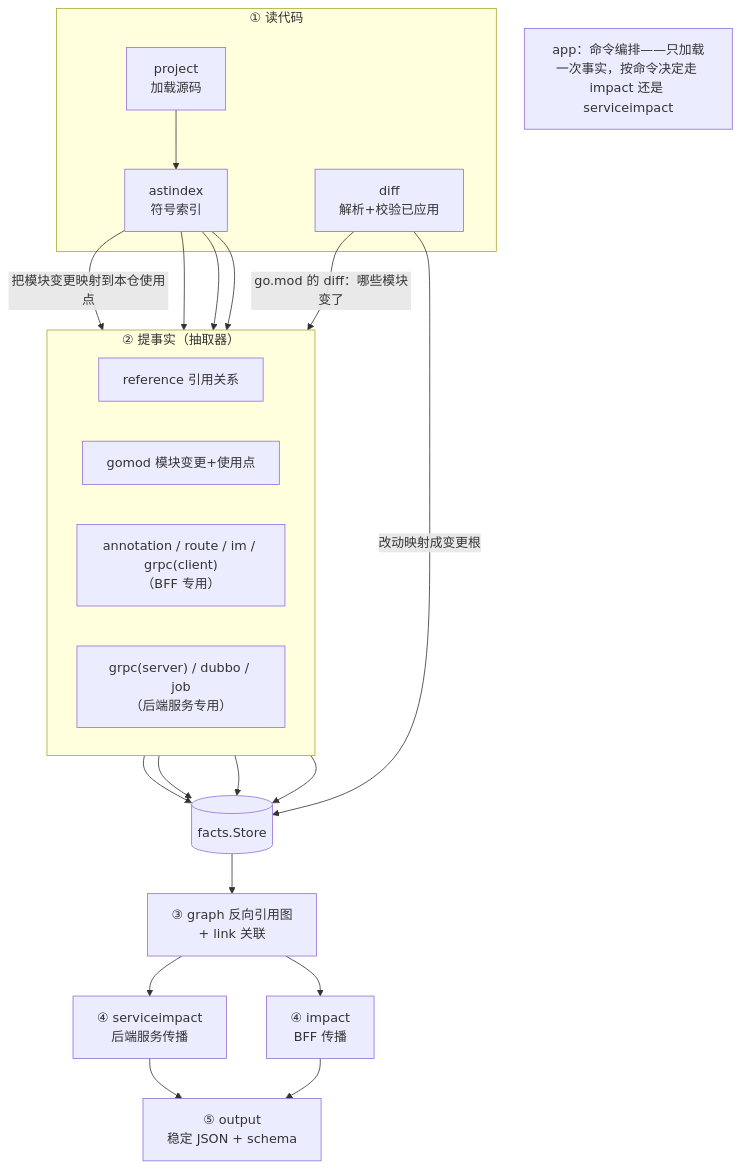
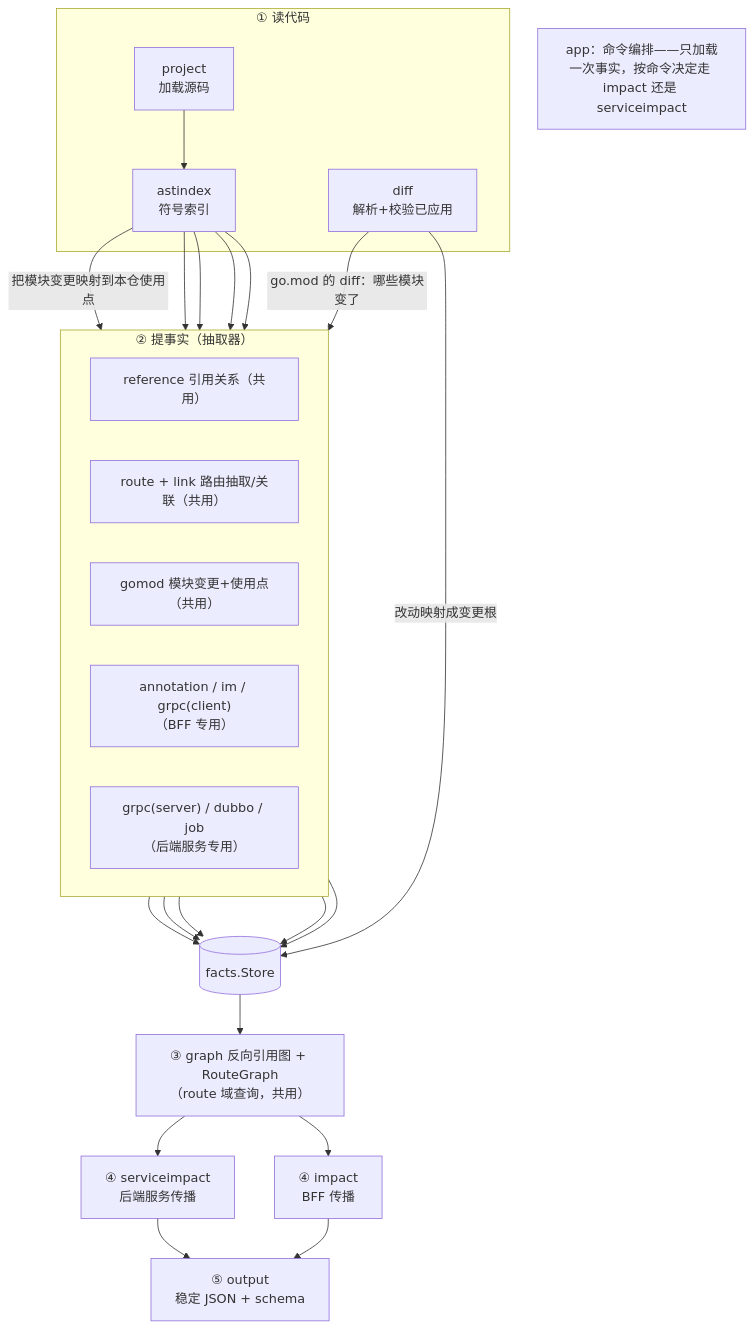
Before and after one commit to Flying-Bird1999/go-analyzer: the second of 4 diagrams in TECH-DESIGN-impact-analysis.md, drawn with Mermaid. The commit also changed other lines of this file, not shown here.

````diff
--- a/TECH-DESIGN-impact-analysis.md
+++ b/TECH-DESIGN-impact-analysis.md
@@ -121,39 +126,42 @@
 ```mermaid
 flowchart TB
     subgraph READ["① 读代码"]
         PROJ["project<br/>加载源码"]
         AST["astindex<br/>符号索引"]
         DIFF["diff<br/>解析+校验已应用"]
         PROJ --> AST
     end
 
     subgraph EXTRACT["② 提事实（抽取器）"]
         direction LR
-        REF["reference 引用关系"]
-        GOMOD["gomod 模块变更+使用点"]
-        BFFX["annotation / route / im / grpc(client)<br/>（BFF 专用）"]
+        REF["reference 引用关系（共用）"]
+        ROUTELINK["route + link 路由抽取/关联（共用）"]
+        GOMOD["gomod 模块变更+使用点（共用）"]
+        BFFX["annotation / im / grpc(client)<br/>（BFF 专用）"]
         SVCX["grpc(server) / dubbo / job<br/>（后端服务专用）"]
     end
 
     STORE[("facts.Store")]
-    GRAPH["③ graph 反向引用图<br/>+ link 关联"]
+    GRAPH["③ graph 反向引用图 + RouteGraph<br/>（route 域查询，共用）"]
 
     AST --> REF
+    AST --> ROUTELINK
     AST --> BFFX
     AST --> SVCX
     DIFF -->|go.mod 的 diff：哪些模块变了| GOMOD
     AST -->|把模块变更映射到本仓使用点| GOMOD
     DIFF -->|改动映射成变更根| STORE
     REF --> STORE
+    ROUTELINK --> STORE
     GOMOD --> STORE
     BFFX --> STORE
     SVCX --> STORE
 
     STORE --> GRAPH
     GRAPH --> IMPACT["④ impact<br/>BFF 传播"]
     GRAPH --> SVCIMPACT["④ serviceimpact<br/>后端服务传播"]
     IMPACT --> OUTPUT["⑤ output<br/>稳定 JSON + schema"]
     SVCIMPACT --> OUTPUT
 
     APP["app：命令编排——只加载一次事实，按命令决定走 impact 还是 serviceimpact"]
 ```
````
